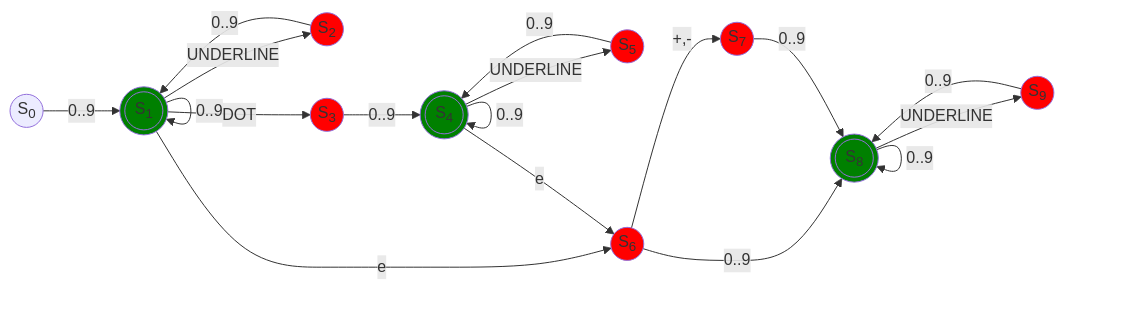
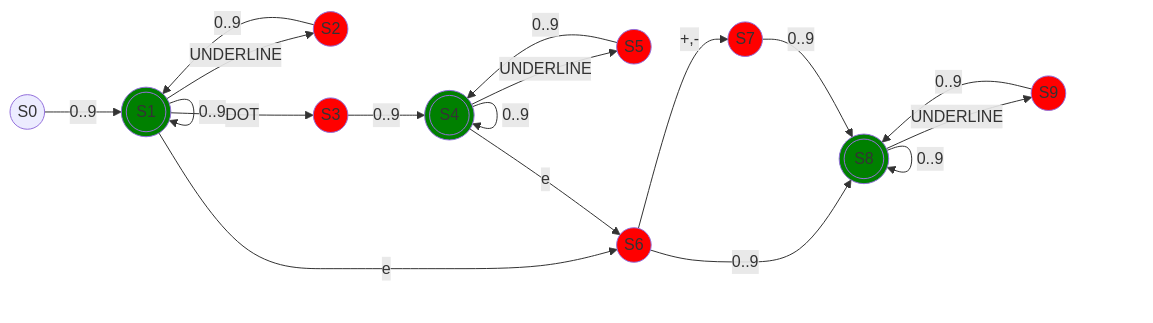
The fifth of 5 diagrams in grammar/lexical_analysis/number_literals.md (henryk-kramer/quartz-lang), drawn with Mermaid before and after one commit. The commit also changed other lines of this file and 1 other file, not shown here.

Commit message:
Removed subscript from Markdown since it does not work with GitHubs mermaid graphs

````diff
--- a/grammar/lexical_analysis/number_literals.md
+++ b/grammar/lexical_analysis/number_literals.md
@@ -169,35 +169,35 @@
 ```mermaid
 graph LR;
-    A((S<sub>0</sub>))
-    B(((S<sub>1</sub>)))
-    C((S<sub>2</sub>))
-    D((S<sub>3</sub>))
-    E(((S<sub>4</sub>)))
-    F((S<sub>5</sub>))
-    G((S<sub>6</sub>))
-    H((S<sub>7</sub>))
-    I(((S<sub>8</sub>)))
-    J((S<sub>9</sub>))
+    A((S0))
+    B(((S1)))
+    C((S2))
+    D((S3))
+    E(((S4)))
+    F((S5))
+    G((S6))
+    H((S7))
+    I(((S8)))
+    J((S9))
     style B fill: green
     style C fill: red
     style D fill: red
     style E fill: green
     style F fill: red
     style G fill: red
     style H fill: red
     style I fill: green
     style J fill: red
 
 
     A & B & C-- 0..9 --> B
     B -- UNDERLINE --> C
 
     B -- DOT --> D
     D & E & F -- 0..9 --> E
     E -- UNDERLINE --> F
 
     B & E -- e --> G
     G -- +,- --> H
     G & H & I & J -- 0..9 --> I
     I -- UNDERLINE --> J
 ```
````
